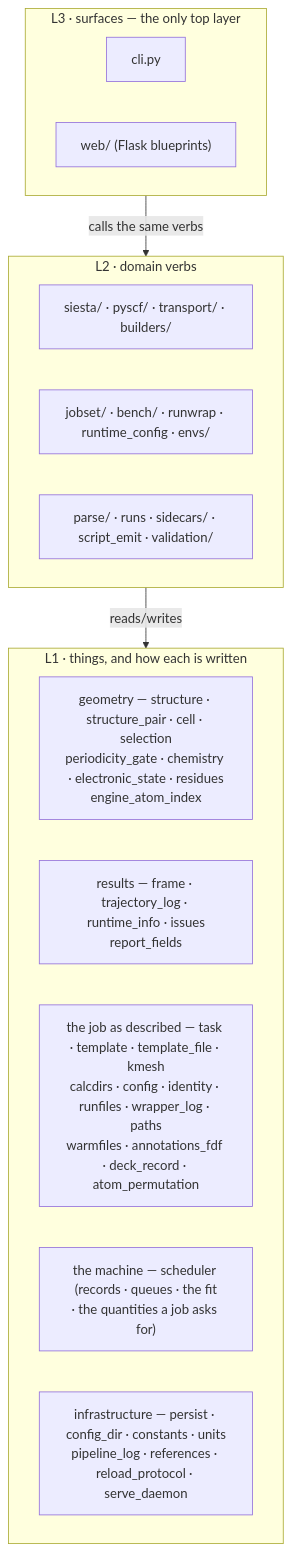
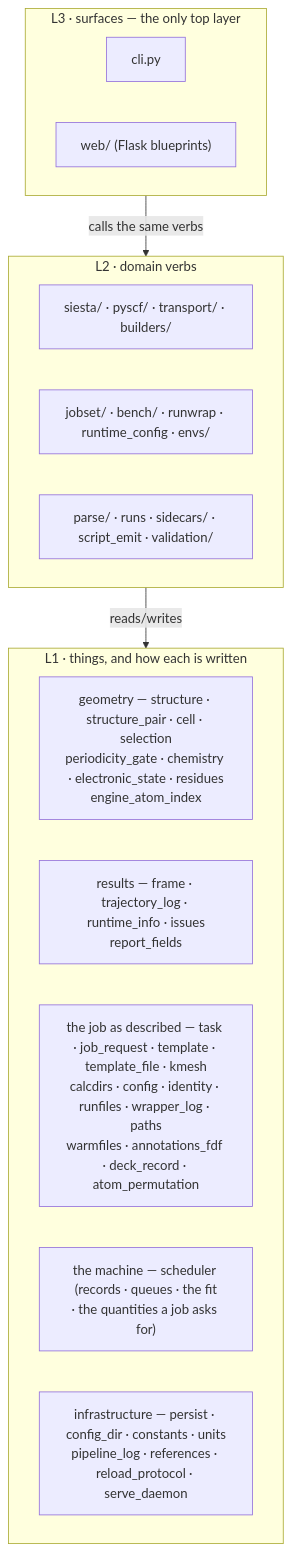
Before and after one commit to Qing-LAB/molbuilder: the diagram in docs/architecture.md, drawn with Mermaid. The commit also changed other lines of this file and 196 other files, not shown here.

````diff
--- a/docs/architecture.md
+++ b/docs/architecture.md
@@ -102,21 +102,21 @@
 ```mermaid
 flowchart TB
   subgraph L3["L3 · surfaces — the only top layer"]
     CLI["cli.py"]
     WEB["web/ (Flask blueprints)"]
   end
   subgraph L2["L2 · domain verbs"]
     ENG["siesta/ · pyscf/ · transport/ · builders/"]
     EXE["jobset/ · bench/ · runwrap · runtime_config · envs/"]
     RW["parse/ · runs · sidecars/ · script_emit · validation/"]
   end
   subgraph L1["L1 · things, and how each is written"]
     GEO["geometry — structure · structure_pair · cell · selection<br/>periodicity_gate · chemistry · electronic_state · residues<br/>engine_atom_index"]
     RES["results — frame · trajectory_log · runtime_info · issues<br/>report_fields"]
-    JOB["the job as described — task · template · template_file · kmesh<br/>calcdirs · config · identity · runfiles · wrapper_log · paths<br/>warmfiles · annotations_fdf · deck_record · atom_permutation"]
+    JOB["the job as described — task · job_request · template · template_file · kmesh<br/>calcdirs · config · identity · runfiles · wrapper_log · paths<br/>warmfiles · annotations_fdf · deck_record · atom_permutation"]
     MACH["the machine — scheduler (records · queues · the fit<br/>· the quantities a job asks for)"]
     INF["infrastructure — persist · config_dir · constants · units<br/>pipeline_log · references · reload_protocol · serve_daemon"]
   end
   L3 -->|calls the same verbs| L2
   L2 -->|reads/writes| L1
 ```
````
